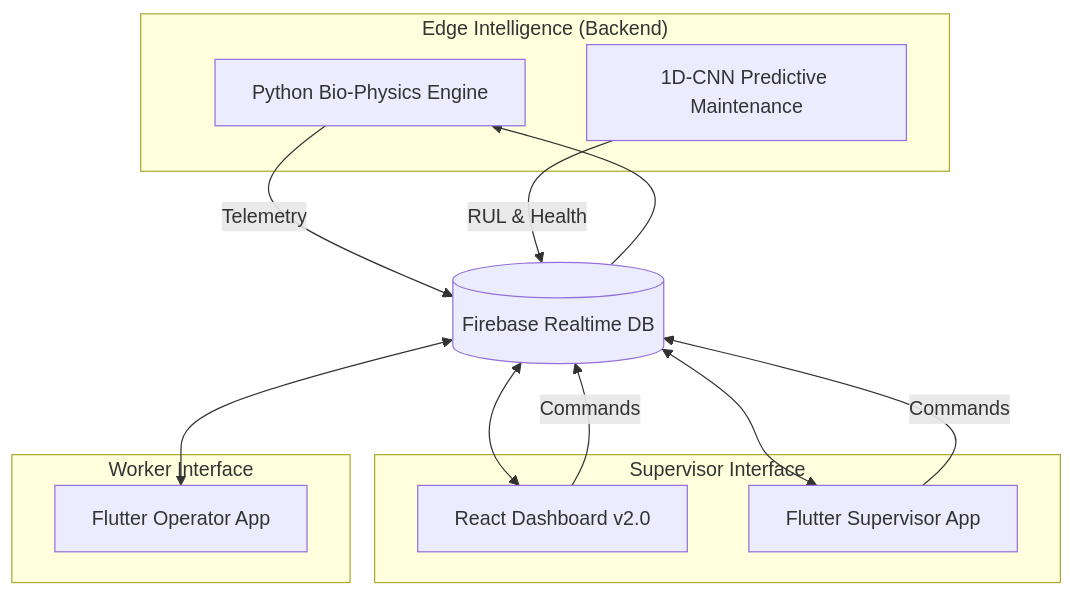
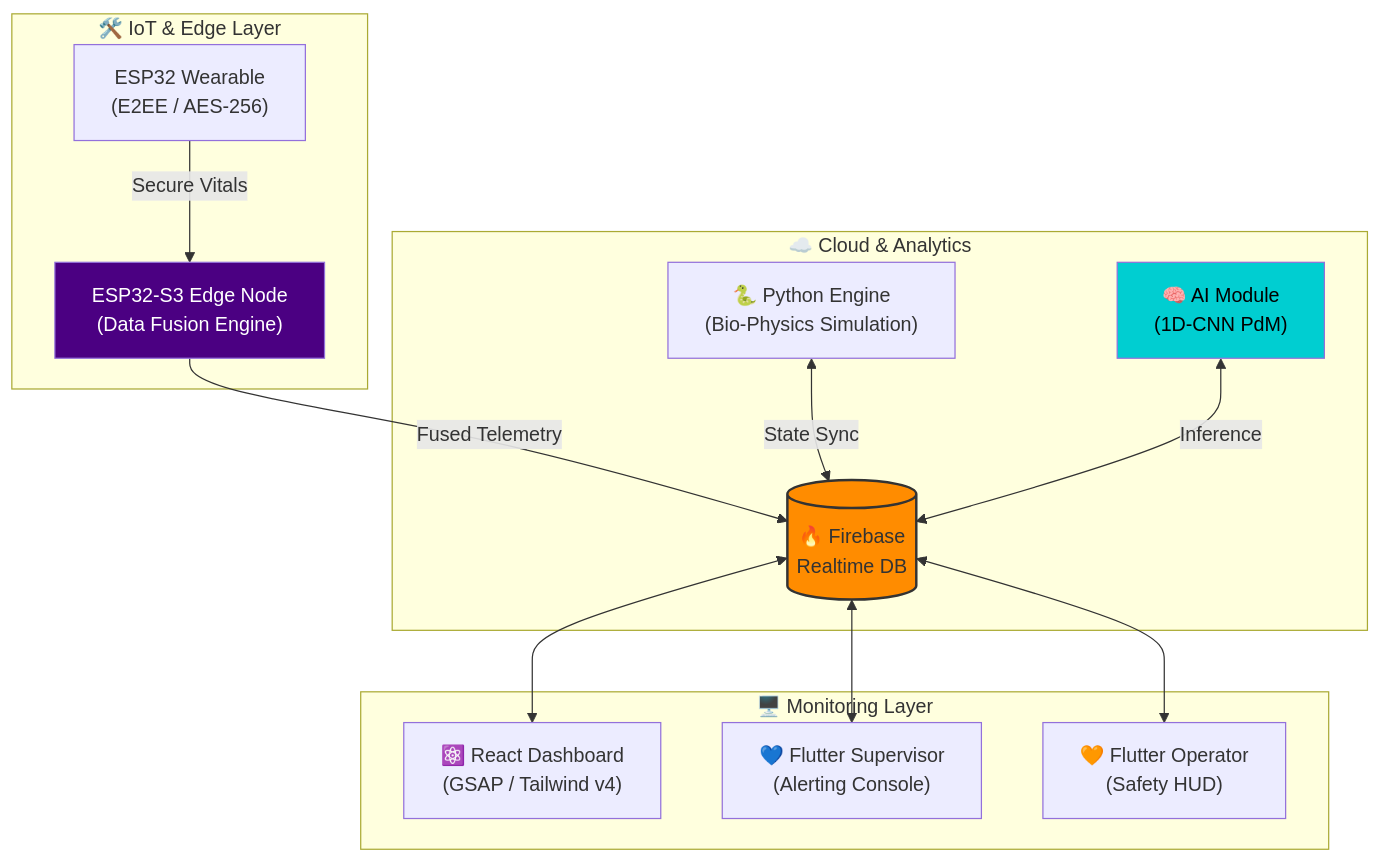
One commit to NAVEENKUMAR-K-M/inceptrix2.0-harmony-aura changed the diagram in README.md. Above: the diagram before and after it, drawn with Mermaid. The commit also changed other lines of this file and 7 other files, not shown here.

````diff
--- a/README.md
+++ b/README.md
@@ -13,27 +13,32 @@
 ```mermaid
 graph TD
-    subgraph "Edge Intelligence (Backend)"
-        SIM[Python Bio-Physics Engine]
-        PDM[1D-CNN Predictive Maintenance]
+    subgraph "🛠️ IoT & Edge Layer"
+        W_S["ESP32 Wearable<br/>(E2EE / AES-256)"]
+        S3_E["ESP32-S3 Edge Node<br/>(Data Fusion Engine)"]
     end
 
-    subgraph "Supervisor Interface"
-        WEB[React Dashboard v2.0]
-        MOB_S[Flutter Supervisor App]
+    subgraph "☁️ Cloud & Analytics"
+        DB[("🔥 Firebase<br/>Realtime DB")]
+        BE["🐍 Python Engine<br/>(Bio-Physics Simulation)"]
+        AI["🧠 AI Module<br/>(1D-CNN PdM)"]
     end
 
-    subgraph "Worker Interface"
-        MOB_O[Flutter Operator App]
+    subgraph "🖥️ Monitoring Layer"
+        DASH["⚛️ React Dashboard<br/>(GSAP / Tailwind v4)"]
+        SUP["💙 Flutter Supervisor<br/>(Alerting Console)"]
+        OPR["🧡 Flutter Operator<br/>(Safety HUD)"]
     end
 
-    DB[(Firebase Realtime DB)]
+    W_S -->|Secure Vitals| S3_E
+    S3_E -->|Fused Telemetry| DB
+    BE <-->|State Sync| DB
+    AI <-->|Inference| DB
+    DB <--> DASH
+    DB <--> SUP
+    DB <--> OPR
 
-    SIM -->|Telemetry| DB
-    PDM -->|RUL & Health| DB
-    DB <--> WEB
-    DB <--> MOB_S
-    DB <--> MOB_O
-    MOB_S -->|Commands| DB
-    WEB -->|Commands| DB
-    DB --> SIM
+    %% Styling
+    style DB fill:#ff8c00,stroke:#333,stroke-width:2px;
+    style S3_E fill:#4b0082,color:#fff;
+    style AI fill:#00ced1,color:#000;
 ```
````
